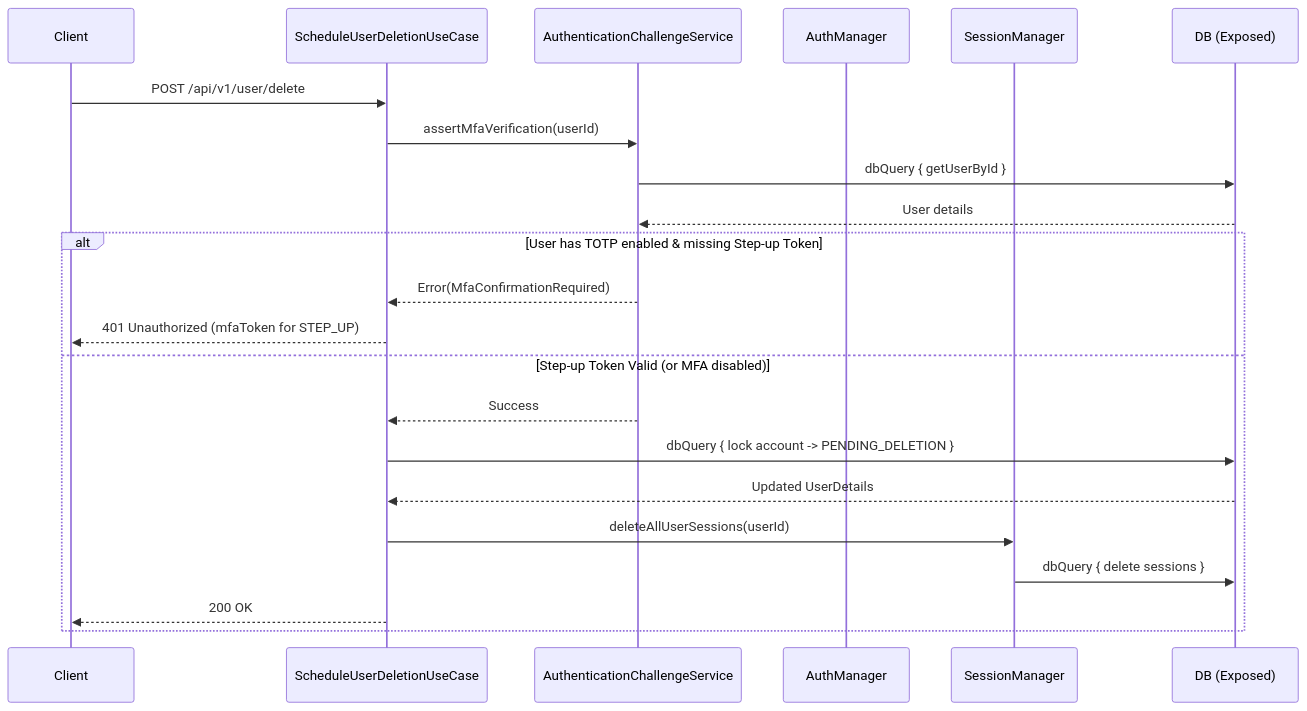
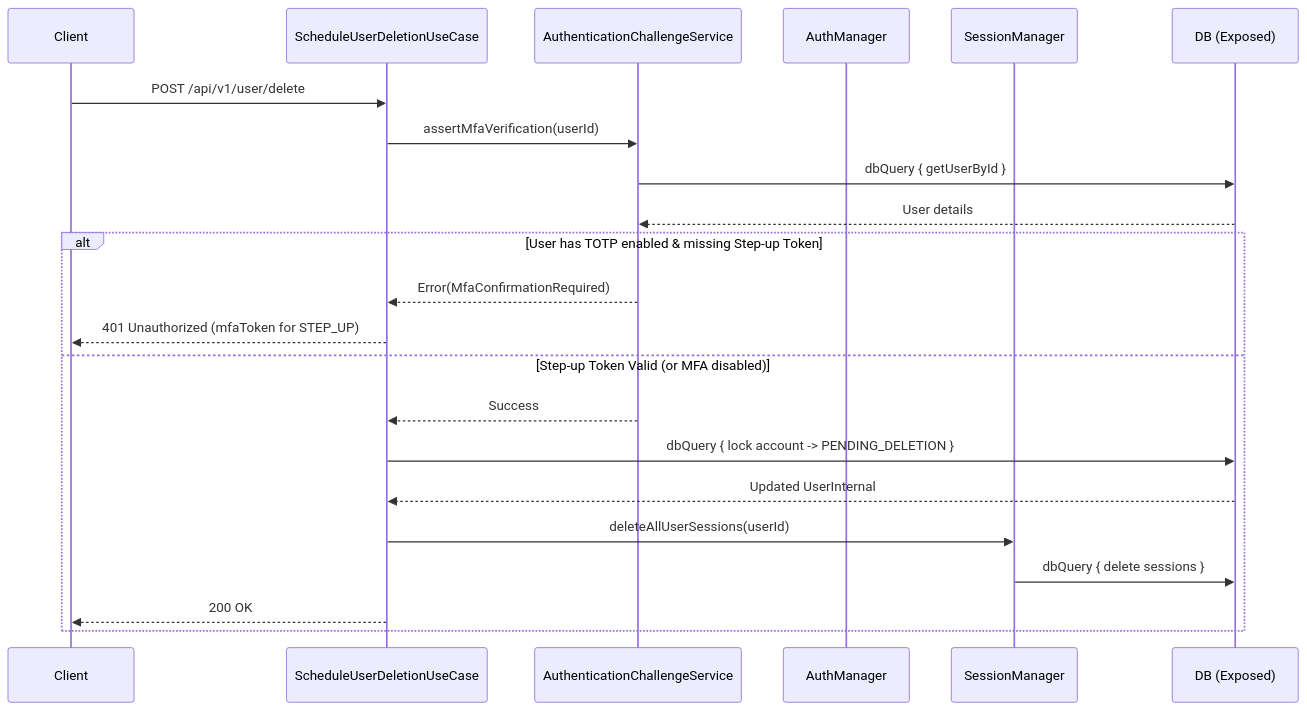
The first of 2 diagrams in docs/architecture/flows/account_management_flows.md (mudrichenkoevgeny/backend-platform-sdk), drawn with Mermaid before and after one commit. The commit also changed other lines of this file and 25 other files, not shown here.

````diff
--- a/docs/architecture/flows/account_management_flows.md
+++ b/docs/architecture/flows/account_management_flows.md
@@ -11,30 +11,30 @@
 ```mermaid
 sequenceDiagram
     participant Client
     participant DeleteUseCase as ScheduleUserDeletionUseCase
     participant Challenge as AuthenticationChallengeService
     participant AuthManager
     participant Session as SessionManager
     participant Postgres as DB (Exposed)
 
     Client->>DeleteUseCase: POST /api/v1/user/delete
     DeleteUseCase->>Challenge: assertMfaVerification(userId)
     
     Challenge->>Postgres: dbQuery { getUserById }
     Postgres-->>Challenge: User details
     
     alt User has TOTP enabled & missing Step-up Token
         Challenge-->>DeleteUseCase: Error(MfaConfirmationRequired)
         DeleteUseCase-->>Client: 401 Unauthorized (mfaToken for STEP_UP)
     else Step-up Token Valid (or MFA disabled)
         Challenge-->>DeleteUseCase: Success
         
         DeleteUseCase->>Postgres: dbQuery { lock account -> PENDING_DELETION }
-        Postgres-->>DeleteUseCase: Updated UserDetails
+        Postgres-->>DeleteUseCase: Updated UserInternal
         
         DeleteUseCase->>Session: deleteAllUserSessions(userId)
         Session->>Postgres: dbQuery { delete sessions }
         
         DeleteUseCase-->>Client: 200 OK
     end
 ```
````
